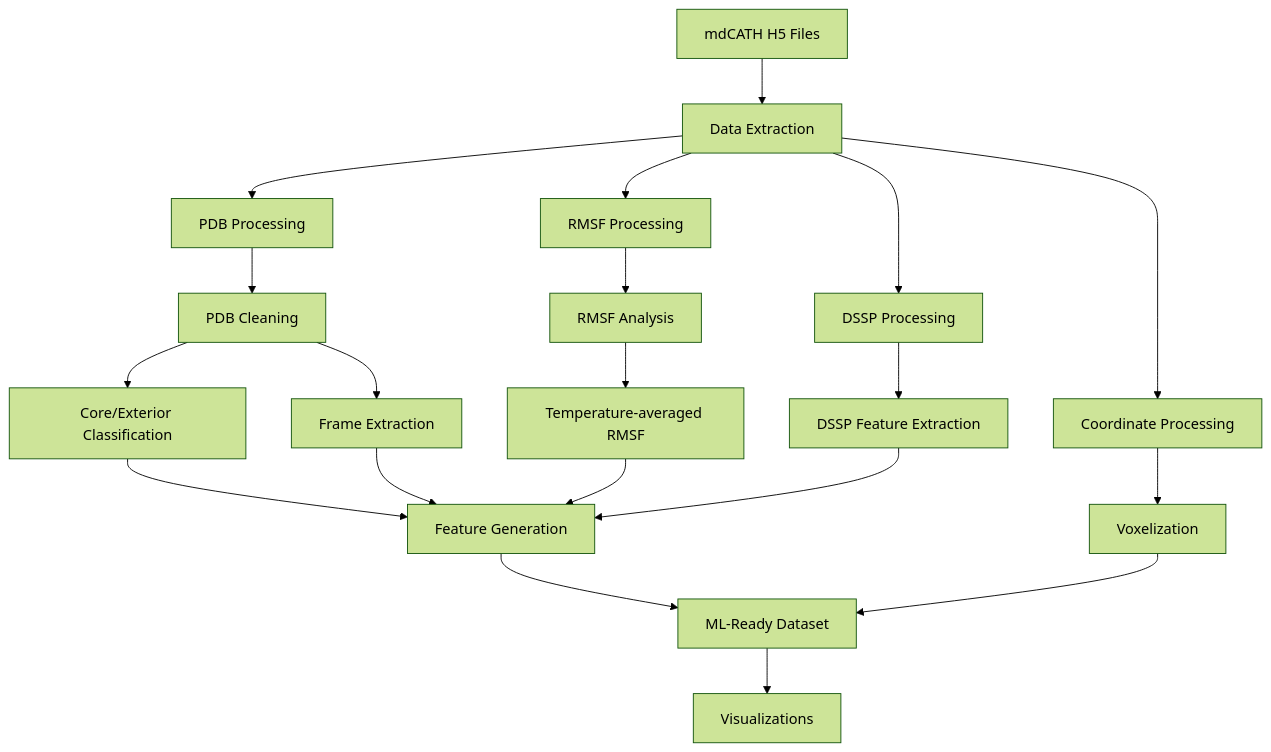
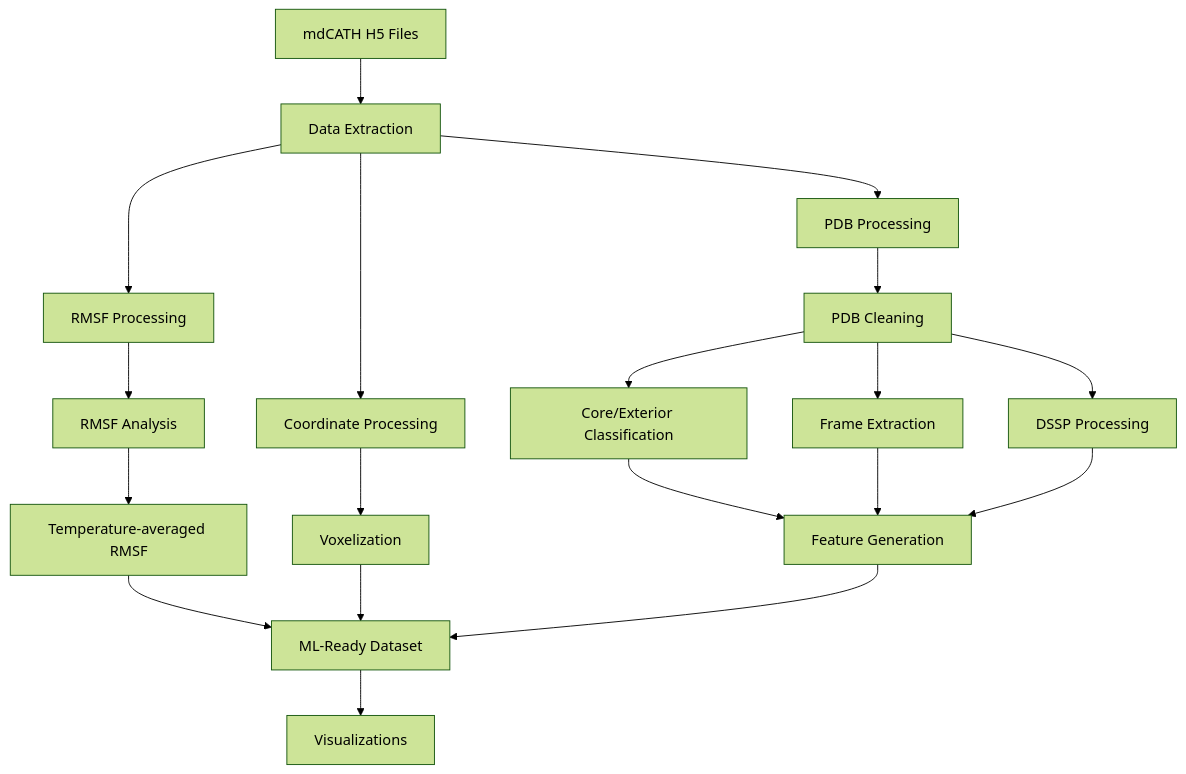
The diagram in README.md (Felixburton7/mdcath-processor), drawn with Mermaid (forest theme) before and after one commit.

````diff
--- a/README.md
+++ b/README.md
@@ -136,37 +136,32 @@
 ```mermaid
 graph TD
     A[mdCATH H5 Files] --> B[Data Extraction]
 
     B --> PDB[PDB Processing]
     B --> RMSF[RMSF Processing]
-    B --> DSSP[DSSP Processing]
     B --> COORD[Coordinate Processing]
 
     %% PDB pipeline
     PDB --> Clean[PDB Cleaning]
     Clean --> Classify[Core/Exterior Classification]
     Clean --> Frames[Frame Extraction]
+    Clean --> DSSP[DSSP Processing]
 
     %% RMSF pipeline
     RMSF --> Replica[RMSF Analysis]
     Replica --> TempAvg[Temperature‑averaged RMSF]
-
-    %% DSSP pipeline
-    DSSP --> DSSPFeat[DSSP Feature Extraction]
+    TempAvg --> ML[ML‑Ready Dataset]
 
     %% Coordinate pipeline
     COORD --> Vox[Voxelization]
+    Vox --> ML
 
     %% Feature generation
     Classify --> Features[Feature Generation]
     Frames --> Features
-    TempAvg --> Features
-    DSSPFeat --> Features
-
-    %% Convergence
-    Features --> ML[ML‑Ready Dataset]
-    Vox --> ML
+    DSSP --> Features
+    Features --> ML
 
     %% Optional downstream
     ML --> Viz[Visualizations]
 ```
````
